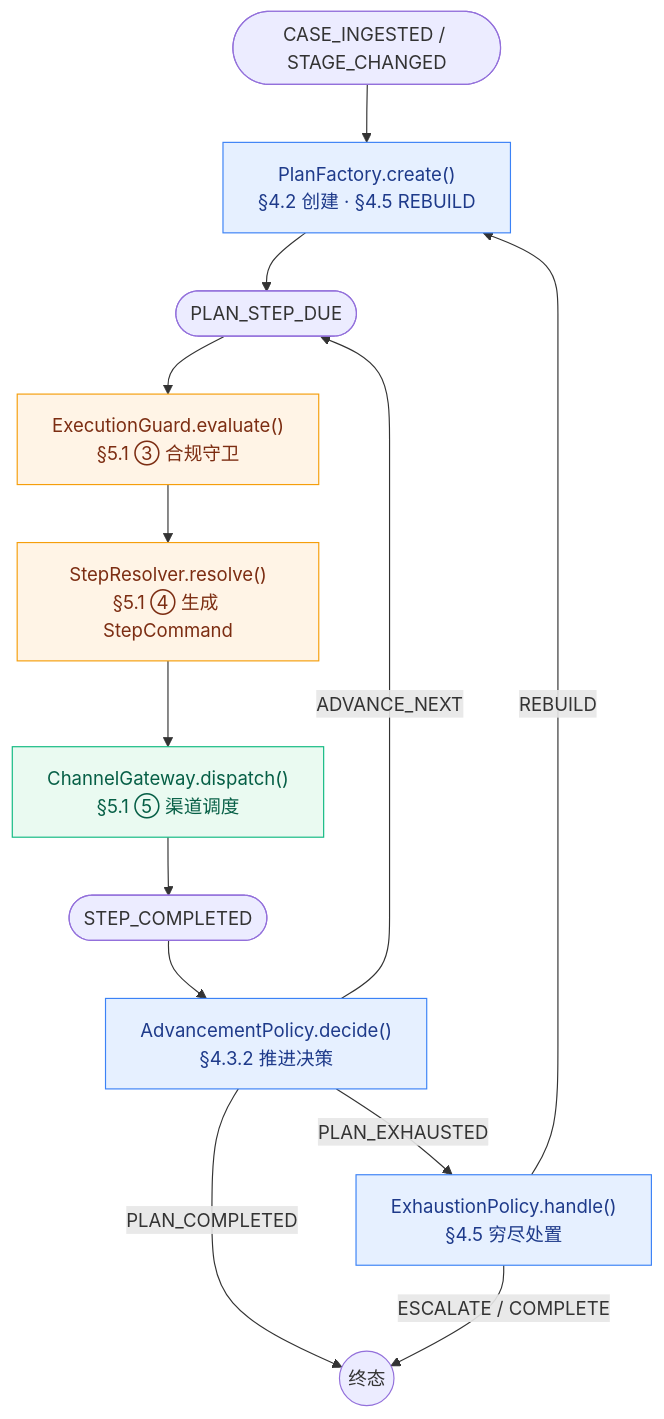
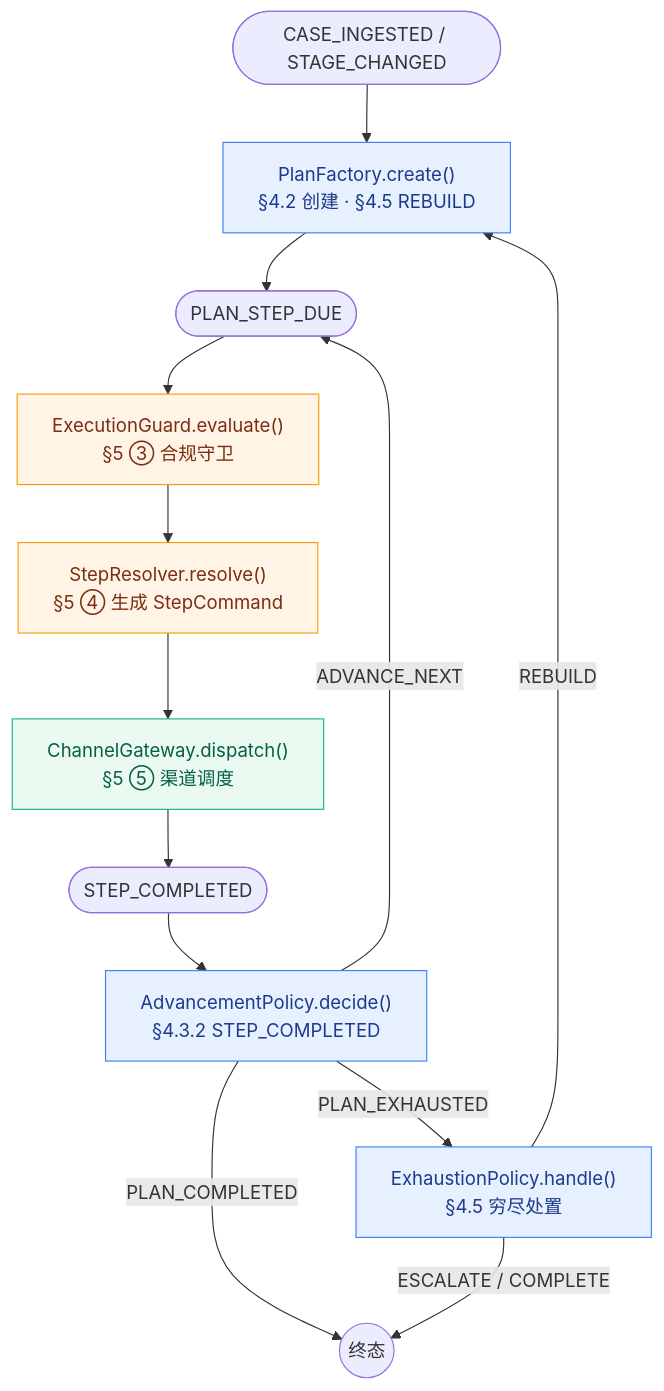
Before and after one commit to katherineliu2102/Intelligent-Collection-V1: the fifth of 5 diagrams in docs/MOCASA催收系统升级_Phase1_核心引擎规格.md, drawn with Mermaid. The commit also changed other lines of this file and 11 other files, not shown here.

````diff
--- a/docs/MOCASA催收系统升级_Phase1_核心引擎规格.md
+++ b/docs/MOCASA催收系统升级_Phase1_核心引擎规格.md
@@ -659,22 +663,22 @@
 ```mermaid
 flowchart TB
     A(["CASE_INGESTED / STAGE_CHANGED"]) --> PF["PlanFactory.create()<br/>§4.2 创建 · §4.5 REBUILD"]
     PF --> DUE(["PLAN_STEP_DUE"])
-    DUE --> EG["ExecutionGuard.evaluate()<br/>§5.1 ③ 合规守卫"]
-    EG --> SR["StepResolver.resolve()<br/>§5.1 ④ 生成 StepCommand"]
-    SR --> CG["ChannelGateway.dispatch()<br/>§5.1 ⑤ 渠道调度"]
+    DUE --> EG["ExecutionGuard.evaluate()<br/>§5 ③ 合规守卫"]
+    EG --> SR["StepResolver.resolve()<br/>§5 ④ 生成 StepCommand"]
+    SR --> CG["ChannelGateway.dispatch()<br/>§5 ⑤ 渠道调度"]
     CG --> DONE(["STEP_COMPLETED"])
-    DONE --> AP["AdvancementPolicy.decide()<br/>§4.3.2 推进决策"]
+    DONE --> AP["AdvancementPolicy.decide()<br/>§4.3.2 STEP_COMPLETED"]
     AP -->|ADVANCE_NEXT| DUE
     AP -->|PLAN_EXHAUSTED| EP["ExhaustionPolicy.handle()<br/>§4.5 穷尽处置"]
     EP -->|REBUILD| PF
     AP -->|PLAN_COMPLETED| END((终态))
     EP -->|ESCALATE / COMPLETE| END
 
     classDef plan fill:#e6f0ff,stroke:#3b82f6,color:#1e3a8a;
     classDef step fill:#fff4e6,stroke:#f59e0b,color:#7c2d12;
     classDef pipe fill:#eafaf1,stroke:#10b981,color:#065f46;
     class PF,AP,EP plan;
     class EG,SR step;
     class CG pipe;
 ```
````
